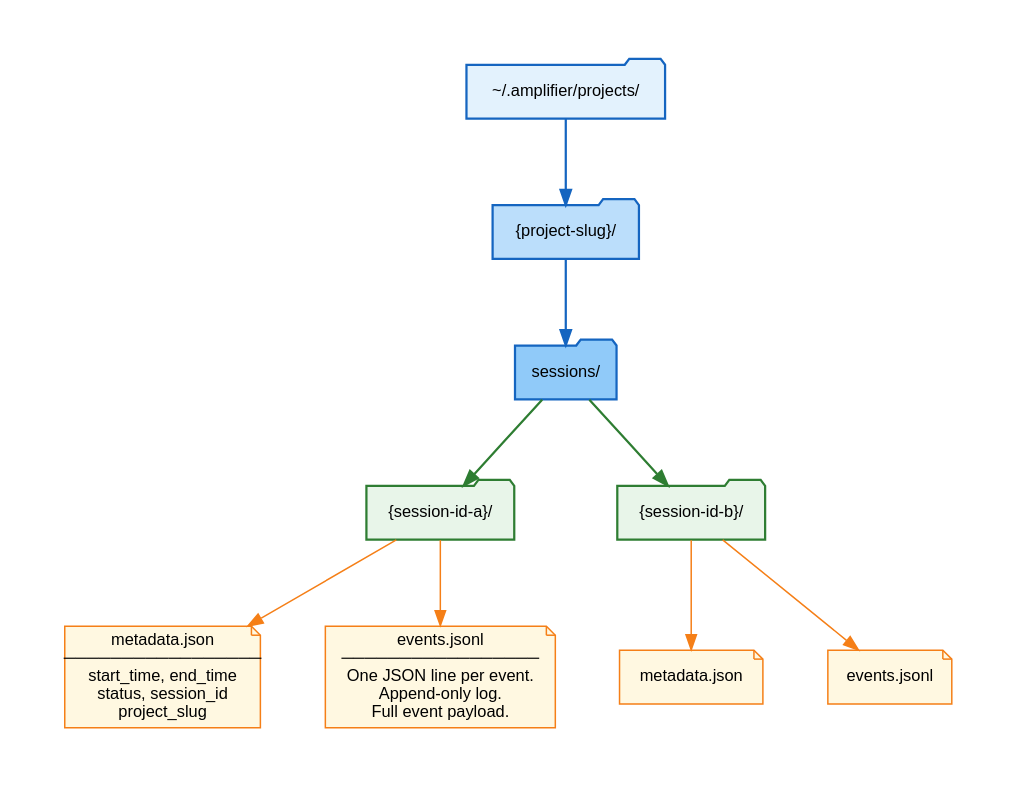
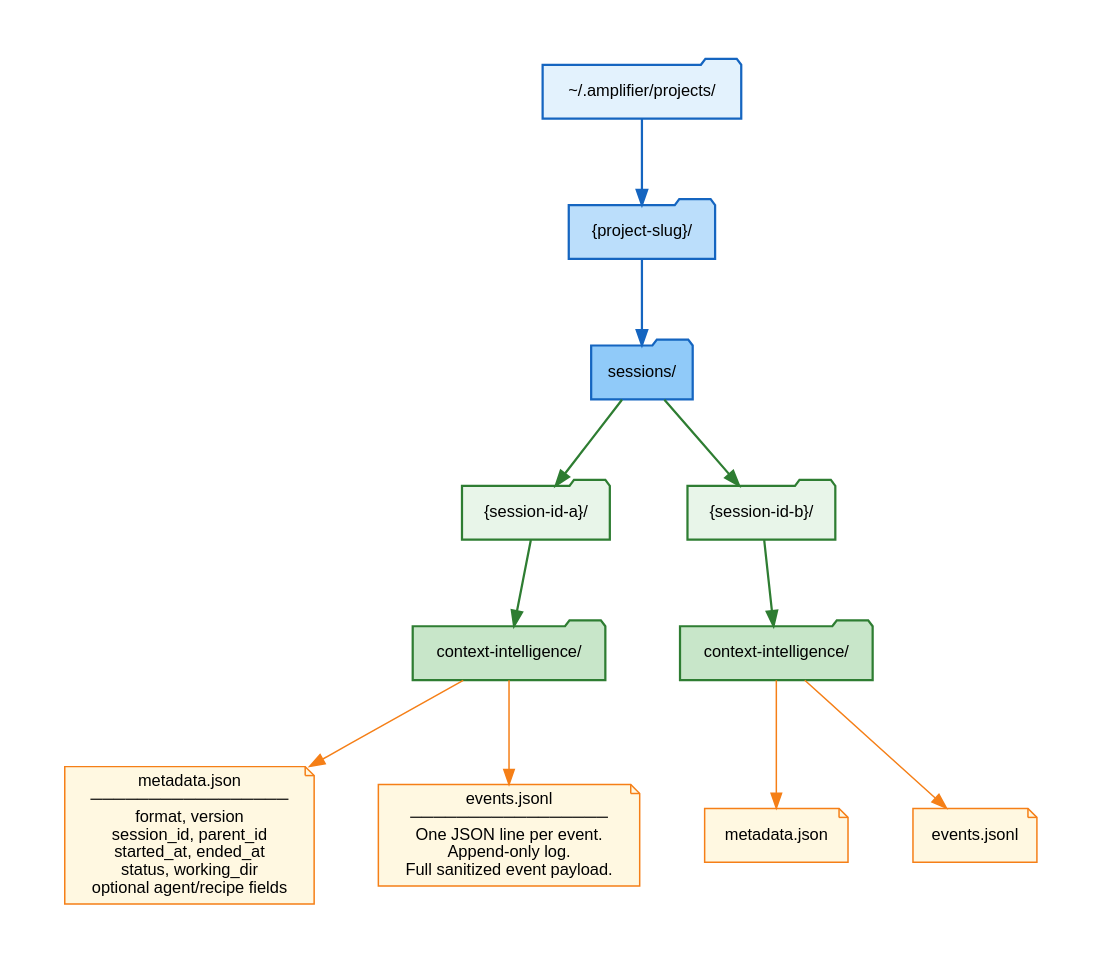
One commit to microsoft/amplifier-bundle-context-intelligence changed the diagram in context/session-disk-layout.dot. Above: the diagram before and after it, drawn with Graphviz. The commit also changed 11 other files, not shown here.

Commit message:
fix(hook): harden dispatch path and version metadata

```diff
--- a/context/session-disk-layout.dot
+++ b/context/session-disk-layout.dot
@@ -1,128 +1,104 @@
 // Session Disk Layout — File Structure Tree
 // Context-Intelligence Bundle
 //
 // Shows the on-disk directory structure for session logging:
-// ~/.amplifier/projects/{project-slug}/sessions/{session-id}/
+// ~/.amplifier/projects/{project-slug}/sessions/{session-id}/context-intelligence/
 //
 // Render: dot -Tsvg session-disk-layout.dot -o session-disk-layout.svg
 
 digraph SessionDiskLayout {
     rankdir=TB;
     fontname="Helvetica";
     fontsize=12;
     nodesep=0.6;
     ranksep=0.8;
     pad=0.5;
 
-    // ─── Global defaults ─────────────────────────────────────────────
     node [fontname="Helvetica", fontsize=11];
     edge [fontname="Helvetica", fontsize=10];
 
-    // ─── Directory nodes (folder shapes) ─────────────────────────────
     node [shape=folder, style=filled, penwidth=1.5];
 
     root [
         label="~/.amplifier/projects/",
         fillcolor="#E3F2FD",
         color="#1565C0"
     ];
 
     project_slug [
         label="{project-slug}/",
         fillcolor="#BBDEFB",
         color="#1565C0"
     ];
 
     sessions [
         label="sessions/",
         fillcolor="#90CAF9",
         color="#1565C0"
     ];
 
     session_id_a [
         label="{session-id-a}/",
         fillcolor="#E8F5E9",
         color="#2E7D32"
     ];
 
     session_id_b [
         label="{session-id-b}/",
         fillcolor="#E8F5E9",
         color="#2E7D32"
     ];
 
-    // ─── File nodes (note shapes) ────────────────────────────────────
+    ci_dir_a [
+        label="context-intelligence/",
+        fillcolor="#C8E6C9",
+        color="#2E7D32"
+    ];
+
+    ci_dir_b [
+        label="context-intelligence/",
+        fillcolor="#C8E6C9",
+        color="#2E7D32"
+    ];
+
     node [shape=note, style=filled, penwidth=1];
 
     metadata_a [
-        label="metadata.json\n─────────────────\nstart_time, end_time\nstatus, session_id\nproject_slug",
+        label="metadata.json\n─────────────────\nformat, version\nsession_id, parent_id\nstarted_at, ended_at\nstatus, working_dir\noptional agent/recipe fields",
         fillcolor="#FFF8E1",
         color="#F57F17"
     ];
 
     events_a [
-        label="events.jsonl\n─────────────────\nOne JSON line per event.\nAppend-only log.\nFull event payload.",
+        label="events.jsonl\n─────────────────\nOne JSON line per event.\nAppend-only log.\nFull sanitized event payload.",
         fillcolor="#FFF8E1",
         color="#F57F17"
     ];
 
     metadata_b [
         label="metadata.json",
         fillcolor="#FFF8E1",
         color="#F57F17"
     ];
 
     events_b [
         label="events.jsonl",
         fillcolor="#FFF8E1",
         color="#F57F17"
     ];
 
-    // ═══════════════════════════════════════════════════════════════════
-    // ─── Tree edges ───────────────────────────────────────────────────
-    // ═══════════════════════════════════════════════════════════════════
+    root -> project_slug [color="#1565C0", penwidth=1.5];
+    project_slug -> sessions [color="#1565C0", penwidth=1.5];
+    sessions -> session_id_a [color="#2E7D32", penwidth=1.5];
+    sessions -> session_id_b [color="#2E7D32", penwidth=1.5];
+    session_id_a -> ci_dir_a [color="#2E7D32", penwidth=1.5];
+    session_id_b -> ci_dir_b [color="#2E7D32", penwidth=1.5];
+    ci_dir_a -> metadata_a [color="#F57F17", penwidth=1];
+    ci_dir_a -> events_a [color="#F57F17", penwidth=1];
+    ci_dir_b -> metadata_b [color="#F57F17", penwidth=1];
+    ci_dir_b -> events_b [color="#F57F17", penwidth=1];
 
-    root -> project_slug [
-        color="#1565C0",
-        penwidth=1.5
-    ];
-
-    project_slug -> sessions [
-        color="#1565C0",
-        penwidth=1.5
-    ];
-
-    sessions -> session_id_a [
-        color="#2E7D32",
-        penwidth=1.5
-    ];
-
-    sessions -> session_id_b [
-        color="#2E7D32",
-        penwidth=1.5
-    ];
-
-    session_id_a -> metadata_a [
-        color="#F57F17",
-        penwidth=1
-    ];
-
-    session_id_a -> events_a [
-        color="#F57F17",
-        penwidth=1
-    ];
-
-    session_id_b -> metadata_b [
-        color="#F57F17",
-        penwidth=1
-    ];
-
-    session_id_b -> events_b [
-        color="#F57F17",
-        penwidth=1
-    ];
-
-    // ─── Layout hints ────────────────────────────────────────────────
     {rank=same; session_id_a; session_id_b}
+    {rank=same; ci_dir_a; ci_dir_b}
     {rank=same; metadata_a; events_a; metadata_b; events_b}
 }
```
